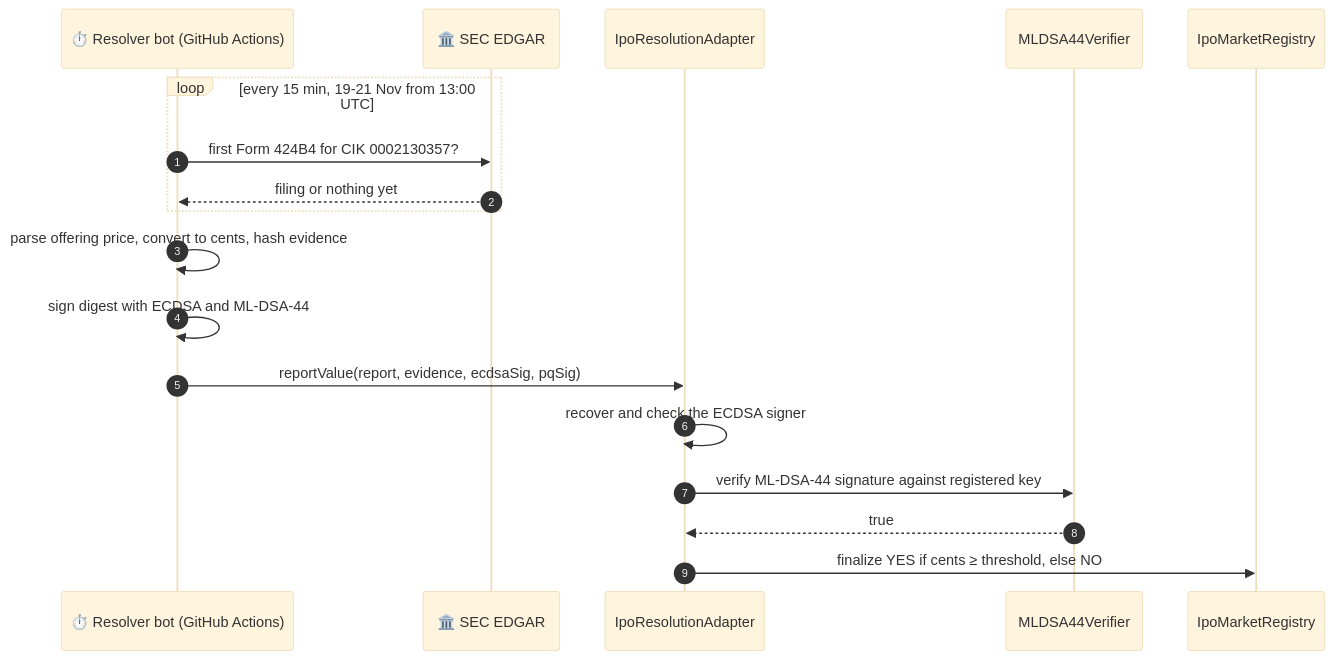
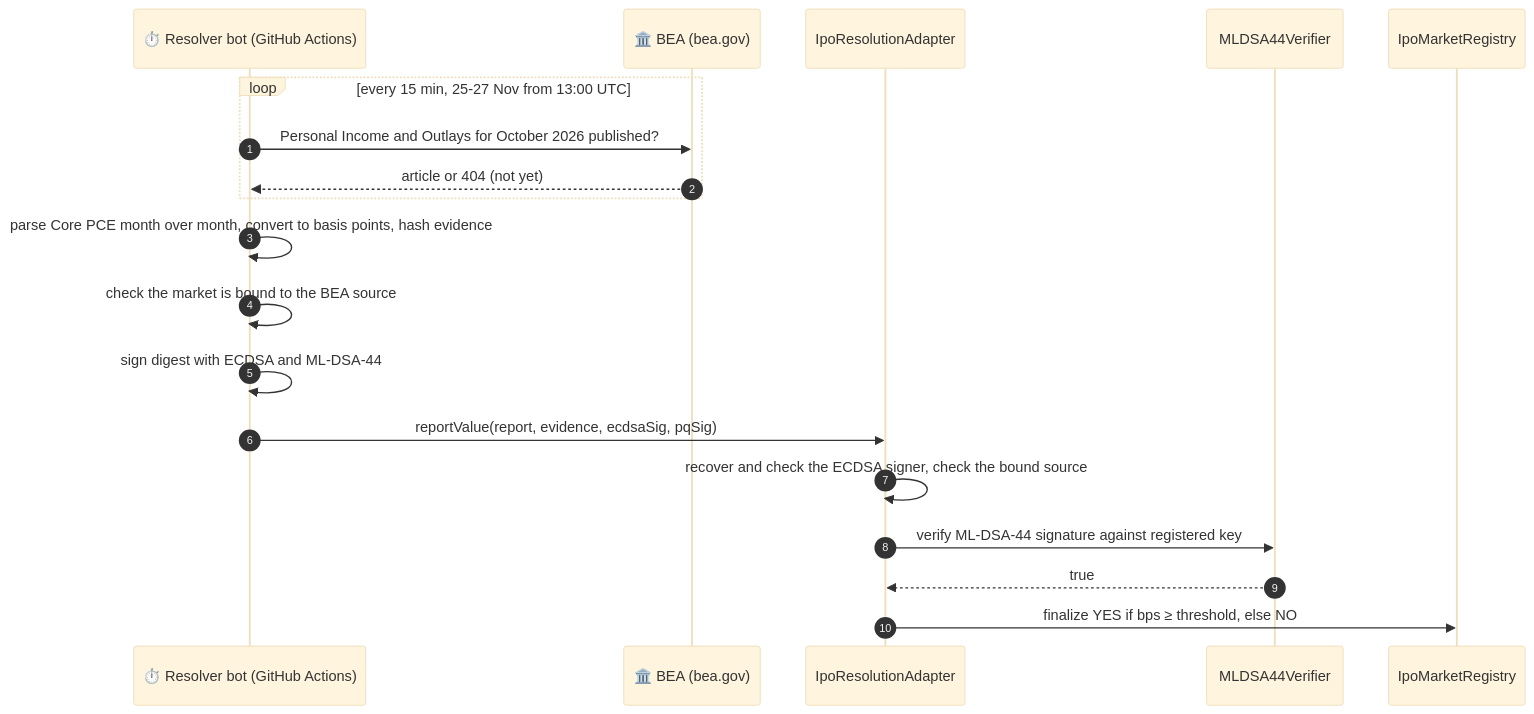
Before and after one commit to Quantum-Timeline/QTimelineHook: the second of 2 diagrams in README.md, drawn with Mermaid (base theme). The commit also changed other lines of this file and 4 other files, not shown here.

Commit message:
docs: update README, report, runbook, resolver guide and submission package for the Core PCE market on the shared event engine

````diff
--- a/README.md
+++ b/README.md
@@ -140,21 +149,22 @@
 ```mermaid
 sequenceDiagram
     autonumber
     participant Bot as ⏱️ Resolver bot (GitHub Actions)
-    participant SEC as 🏛️ SEC EDGAR
+    participant BEA as 🏛️ BEA (bea.gov)
     participant Ad as IpoResolutionAdapter
     participant Ver as MLDSA44Verifier
     participant Reg as IpoMarketRegistry
 
-    loop every 15 min, 19-21 Nov from 13:00 UTC
-        Bot->>SEC: first Form 424B4 for CIK 0002130357?
-        SEC-->>Bot: filing or nothing yet
+    loop every 15 min, 25-27 Nov from 13:00 UTC
+        Bot->>BEA: Personal Income and Outlays for October 2026 published?
+        BEA-->>Bot: article or 404 (not yet)
     end
-    Bot->>Bot: parse offering price, convert to cents, hash evidence
+    Bot->>Bot: parse Core PCE month over month, convert to basis points, hash evidence
+    Bot->>Bot: check the market is bound to the BEA source
     Bot->>Bot: sign digest with ECDSA and ML-DSA-44
     Bot->>Ad: reportValue(report, evidence, ecdsaSig, pqSig)
-    Ad->>Ad: recover and check the ECDSA signer
+    Ad->>Ad: recover and check the ECDSA signer, check the bound source
     Ad->>Ver: verify ML-DSA-44 signature against registered key
     Ver-->>Ad: true
-    Ad->>Reg: finalize YES if cents ≥ threshold, else NO
+    Ad->>Reg: finalize YES if bps ≥ threshold, else NO
 ```
````
